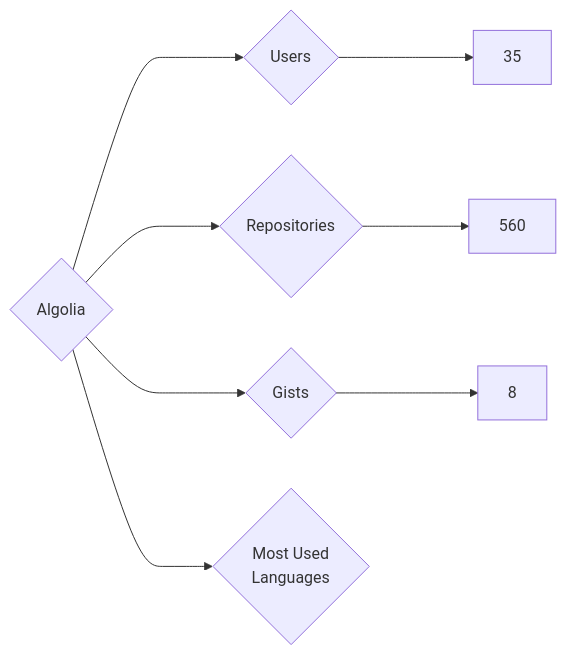
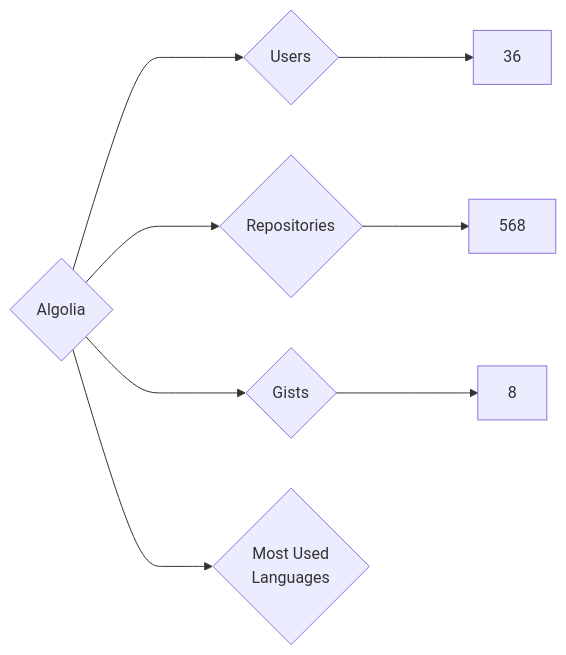
Before and after one commit to nenadzaric/insiders: the diagram in targets/Algolia/README.md, drawn with Mermaid. The commit also changed 31 other files, not shown here.

````diff
--- a/targets/Algolia/README.md
+++ b/targets/Algolia/README.md
@@ -3,8 +3,8 @@
 ```mermaid
 graph LR
 COMPANY_NAME{Algolia}
-COMPANY_NAME ---> U{Users} ---> UN[35]
-COMPANY_NAME ---> R{Repositories} ---> RN[560]
+COMPANY_NAME ---> U{Users} ---> UN[36]
+COMPANY_NAME ---> R{Repositories} ---> RN[568]
 COMPANY_NAME ---> G{Gists} ---> GN[8]
 COMPANY_NAME ---> ML{Most Used<br>Languages}
 ```
````
